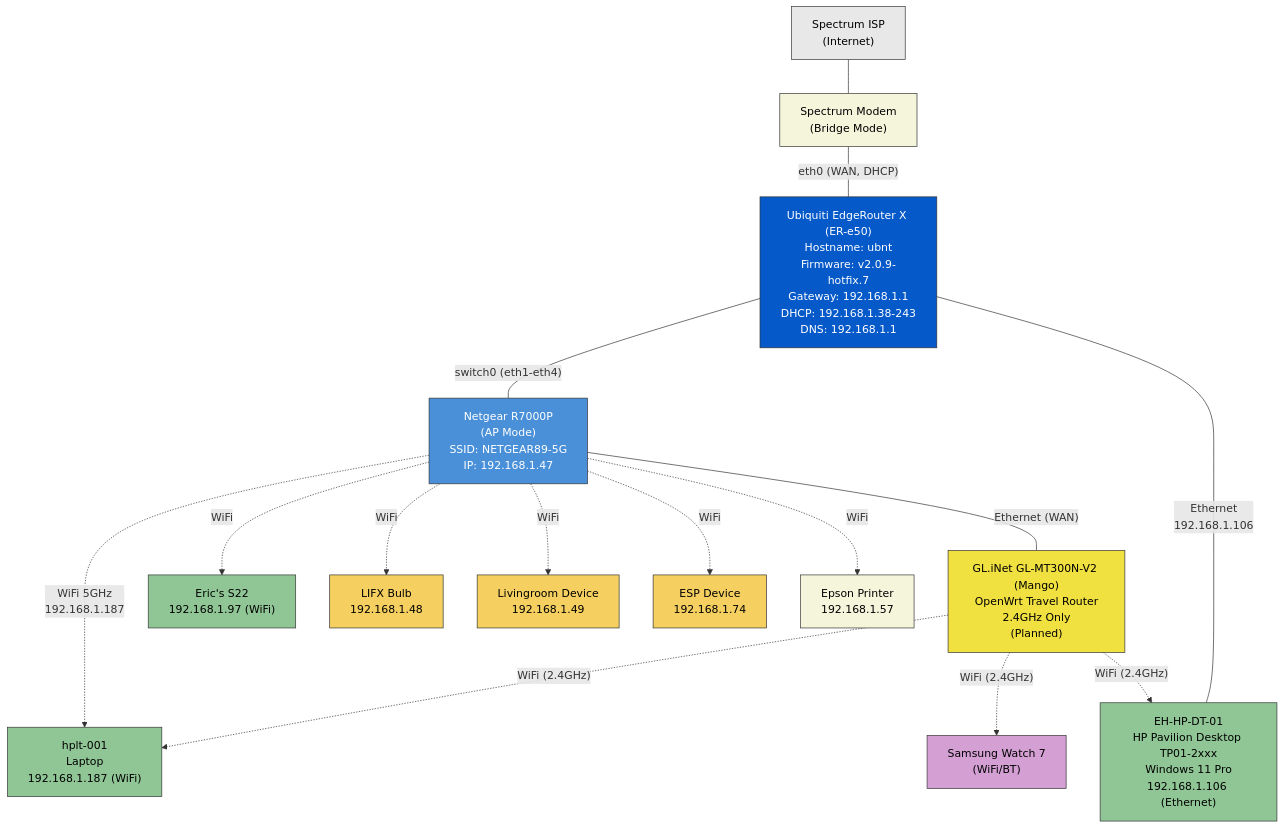
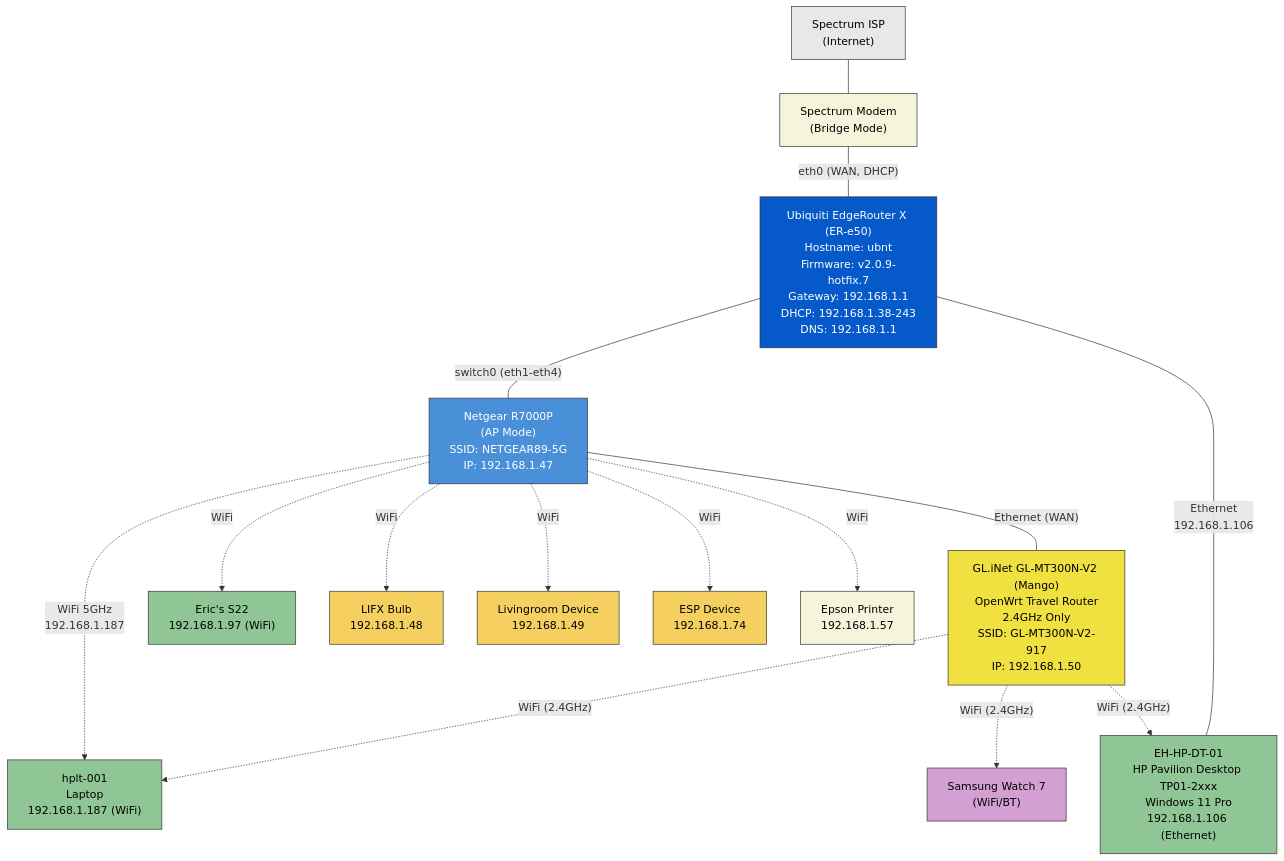
Before and after one commit to ACTO-LLC/acto-infra: the diagram in networking/arlington.md, drawn with Mermaid. The commit also changed other lines of this file, not shown here.

First line of the commit message:
Update Arlington docs for GL.iNet Mango setup

````diff
--- a/networking/arlington.md
+++ b/networking/arlington.md
@@ -7,50 +7,50 @@
 ```mermaid
 graph TD
     ISP["Spectrum ISP<br/>(Internet)"]
     MODEM["Spectrum Modem<br/>(Bridge Mode)"]
     EDGEMAX["Ubiquiti EdgeRouter X (ER-e50)<br/>Hostname: ubnt<br/>Firmware: v2.0.9-hotfix.7<br/>Gateway: 192.168.1.1<br/>DHCP: 192.168.1.38-243<br/>DNS: 192.168.1.1"]
     NETGEAR["Netgear R7000P<br/>(AP Mode)<br/>SSID: NETGEAR89-5G<br/>IP: 192.168.1.47"]
-    MANGO["GL.iNet GL-MT300N-V2 (Mango)<br/>OpenWrt Travel Router<br/>2.4GHz Only<br/>(Planned)"]
+    MANGO["GL.iNet GL-MT300N-V2 (Mango)<br/>OpenWrt Travel Router<br/>2.4GHz Only<br/>SSID: GL-MT300N-V2-917<br/>IP: 192.168.1.50"]
 
     DESKTOP["EH-HP-DT-01<br/>HP Pavilion Desktop TP01-2xxx<br/>Windows 11 Pro<br/>192.168.1.106 (Ethernet)"]
     LAPTOP["hplt-001<br/>Laptop<br/>192.168.1.187 (WiFi)"]
     WATCH["Samsung Watch 7<br/>(WiFi/BT)"]
     PHONE["Eric's S22<br/>192.168.1.97 (WiFi)"]
     PRINTER["Epson Printer<br/>192.168.1.57"]
 
     LIFX["LIFX Bulb<br/>192.168.1.48"]
     LIVINGROOM["Livingroom Device<br/>192.168.1.49"]
     ESP["ESP Device<br/>192.168.1.74"]
 
     ISP --- MODEM
     MODEM -- "eth0 (WAN, DHCP)" --- EDGEMAX
     EDGEMAX -- "switch0 (eth1-eth4)" --- NETGEAR
 
     EDGEMAX -- "Ethernet<br/>192.168.1.106" --- DESKTOP
 
     NETGEAR -. "WiFi 5GHz<br/>192.168.1.187" .-> LAPTOP
     NETGEAR -. "WiFi" .-> PHONE
     NETGEAR -. "WiFi" .-> LIFX
     NETGEAR -. "WiFi" .-> LIVINGROOM
     NETGEAR -. "WiFi" .-> ESP
     NETGEAR -. "WiFi" .-> PRINTER
 
     NETGEAR -- "Ethernet (WAN)" --- MANGO
     MANGO -. "WiFi (2.4GHz)" .-> LAPTOP
     MANGO -. "WiFi (2.4GHz)" .-> WATCH
     MANGO -. "WiFi (2.4GHz)" .-> DESKTOP
 
     style ISP fill:#e8e8e8,stroke:#333,color:#000
     style MODEM fill:#f5f5dc,stroke:#333,color:#000
     style EDGEMAX fill:#0559C9,stroke:#333,color:#fff
     style NETGEAR fill:#4a90d9,stroke:#333,color:#fff
     style MANGO fill:#f0e040,stroke:#333,color:#000
     style DESKTOP fill:#90c695,stroke:#333,color:#000
     style LAPTOP fill:#90c695,stroke:#333,color:#000
     style PHONE fill:#90c695,stroke:#333,color:#000
     style WATCH fill:#d4a0d4,stroke:#333,color:#000
     style PRINTER fill:#f5f5dc,stroke:#333,color:#000
     style LIFX fill:#f5d060,stroke:#333,color:#000
     style LIVINGROOM fill:#f5d060,stroke:#333,color:#000
     style ESP fill:#f5d060,stroke:#333,color:#000
 ```
````
